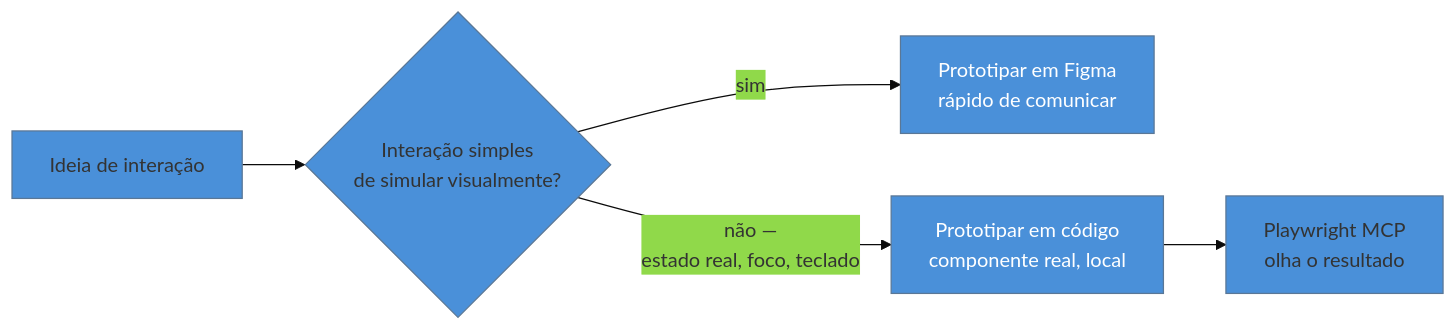
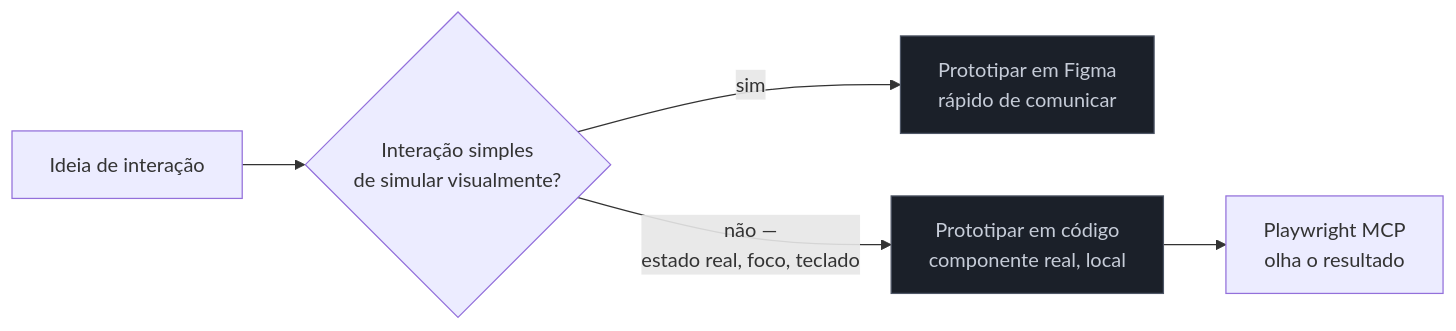
Before and after one commit to josenaldo/codex-technomanticus: the diagram in 03-Dominios/Tecnologia/Ferramentas de Design/06 - Protótipo em código.md, drawn with Mermaid. The commit also changed 1181 other files, not shown here.

First line of the commit message:
fix(diagramas): paleta do sistema no lugar de cor cravada no markdown

````diff
--- a/03-Dominios/Tecnologia/Ferramentas de Design/06 - Protótipo em código.md
+++ b/03-Dominios/Tecnologia/Ferramentas de Design/06 - Protótipo em código.md
@@ -35,10 +35,10 @@
 ```mermaid
-%%{init: {"theme": "base", "themeVariables": {"primaryColor": "#4A90D9"}}}%%
 graph LR
+    classDef neutro fill:#1B2029,stroke:#4E5666,color:#C6CCD8
     ID["Ideia de interação"] --> D{"Interação simples<br/>de simular visualmente?"}
     D -->|sim| FIG["Prototipar em Figma<br/>rápido de comunicar"]
     D -->|não —<br/>estado real, foco, teclado| COD["Prototipar em código<br/>componente real, local"]
     COD --> PW["Playwright MCP<br/>olha o resultado"]
-    style COD fill:#4A90D9,color:#fff
-    style FIG fill:#4A90D9,color:#fff
+    class COD neutro
+    class FIG neutro
 ```
````
